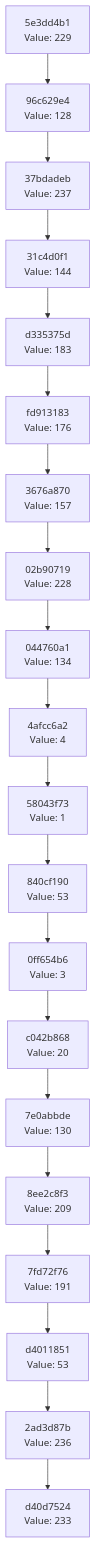
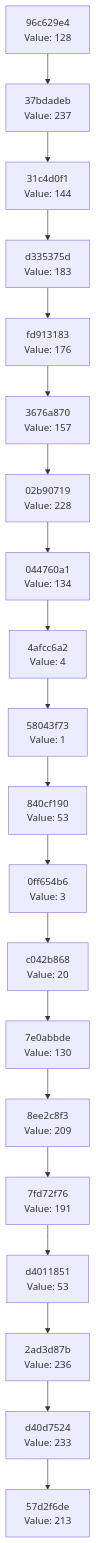
Before and after one commit to Abhisheksinha1506/hash-chain-evolver: the diagram in docs/CHAIN_VISUALIZATION.md, drawn with Mermaid. The commit also changed 2 other files, not shown here.

Commit message:
Evolution Step

````diff
--- a/docs/CHAIN_VISUALIZATION.md
+++ b/docs/CHAIN_VISUALIZATION.md
@@ -3,42 +3,42 @@
 ```mermaid
 graph TD
-    C0["d40d7524<br/>Value: 233"]
-    C1["2ad3d87b<br/>Value: 236"]
+    C0["57d2f6de<br/>Value: 213"]
+    C1["d40d7524<br/>Value: 233"]
     C1 --> C0
-    C2["d4011851<br/>Value: 53"]
+    C2["2ad3d87b<br/>Value: 236"]
     C2 --> C1
-    C3["7fd72f76<br/>Value: 191"]
+    C3["d4011851<br/>Value: 53"]
     C3 --> C2
-    C4["8ee2c8f3<br/>Value: 209"]
+    C4["7fd72f76<br/>Value: 191"]
     C4 --> C3
-    C5["7e0abbde<br/>Value: 130"]
+    C5["8ee2c8f3<br/>Value: 209"]
     C5 --> C4
-    C6["c042b868<br/>Value: 20"]
+    C6["7e0abbde<br/>Value: 130"]
     C6 --> C5
-    C7["0ff654b6<br/>Value: 3"]
+    C7["c042b868<br/>Value: 20"]
     C7 --> C6
-    C8["840cf190<br/>Value: 53"]
+    C8["0ff654b6<br/>Value: 3"]
     C8 --> C7
-    C9["58043f73<br/>Value: 1"]
+    C9["840cf190<br/>Value: 53"]
     C9 --> C8
-    C10["4afcc6a2<br/>Value: 4"]
+    C10["58043f73<br/>Value: 1"]
     C10 --> C9
-    C11["044760a1<br/>Value: 134"]
+    C11["4afcc6a2<br/>Value: 4"]
     C11 --> C10
-    C12["02b90719<br/>Value: 228"]
+    C12["044760a1<br/>Value: 134"]
     C12 --> C11
-    C13["3676a870<br/>Value: 157"]
+    C13["02b90719<br/>Value: 228"]
     C13 --> C12
-    C14["fd913183<br/>Value: 176"]
+    C14["3676a870<br/>Value: 157"]
     C14 --> C13
-    C15["d335375d<br/>Value: 183"]
+    C15["fd913183<br/>Value: 176"]
     C15 --> C14
-    C16["31c4d0f1<br/>Value: 144"]
+    C16["d335375d<br/>Value: 183"]
     C16 --> C15
-    C17["37bdadeb<br/>Value: 237"]
+    C17["31c4d0f1<br/>Value: 144"]
     C17 --> C16
-    C18["96c629e4<br/>Value: 128"]
+    C18["37bdadeb<br/>Value: 237"]
     C18 --> C17
-    C19["5e3dd4b1<br/>Value: 229"]
+    C19["96c629e4<br/>Value: 128"]
     C19 --> C18
 ```
````
